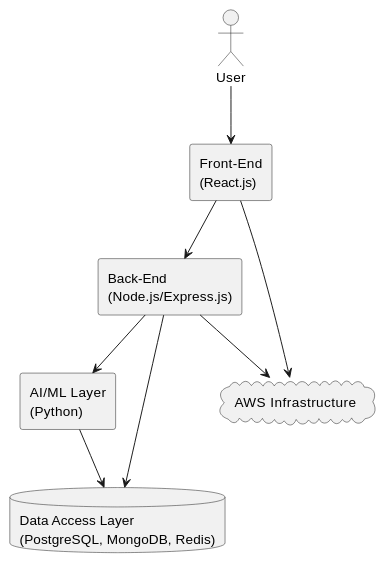
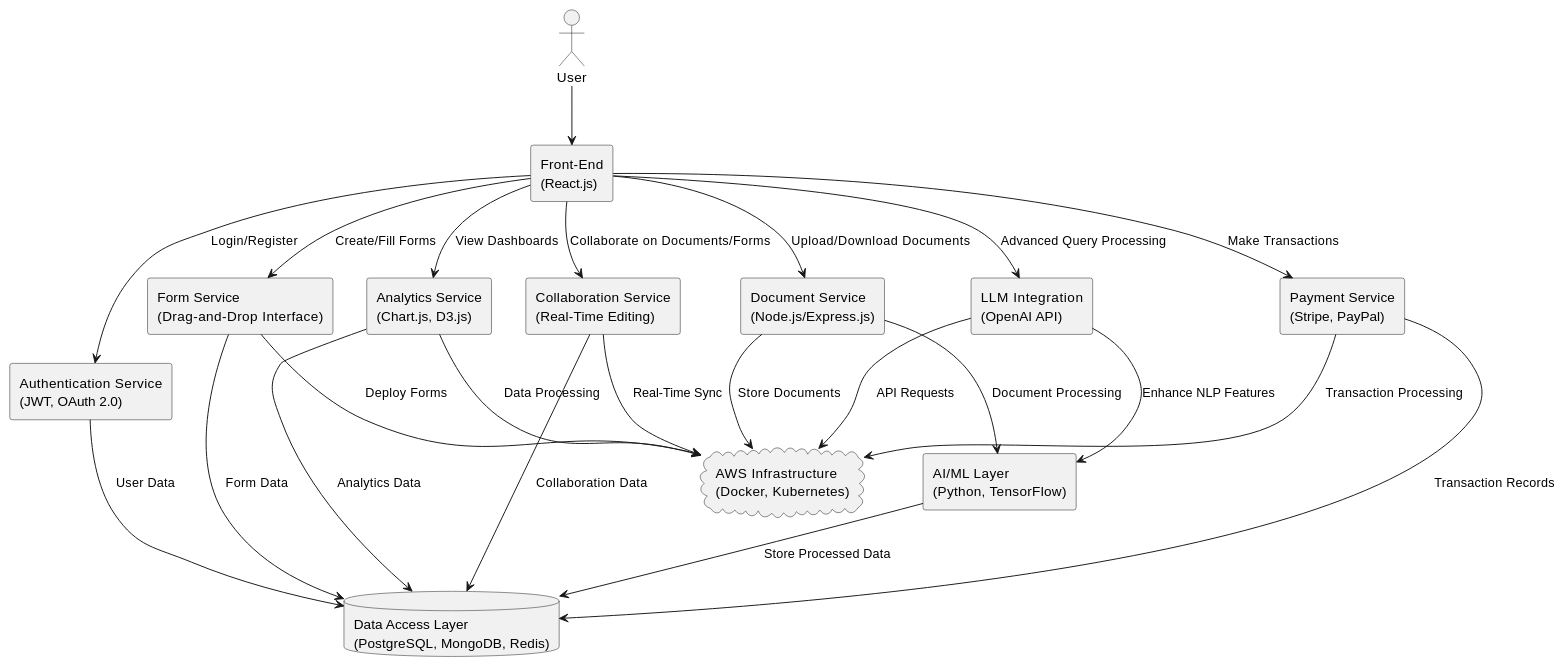
The first of 9 diagrams in daft_report.md (FormSculptor/Internal-Documentation), drawn with PlantUML before and after one commit. The commit also changed other lines of this file and 4 other files, not shown here.

````diff
--- a/daft_report.md
+++ b/daft_report.md
@@ -93,18 +86,42 @@
 ```plantuml
 @startuml
 actor User
+
 rectangle "Front-End\n(React.js)" as FE
-rectangle "Back-End\n(Node.js/Express.js)" as BE
-rectangle "AI/ML Layer\n(Python)" as AI
+rectangle "Authentication Service\n(JWT, OAuth 2.0)" as Auth
+rectangle "Document Service\n(Node.js/Express.js)" as DocService
+rectangle "Form Service\n(Drag-and-Drop Interface)" as FormService
+rectangle "Analytics Service\n(Chart.js, D3.js)" as Analytics
+rectangle "Collaboration Service\n(Real-Time Editing)" as CollabService
+rectangle "Payment Service\n(Stripe, PayPal)" as Payment
+rectangle "LLM Integration\n(OpenAI API)" as LLM
+rectangle "AI/ML Layer\n(Python, TensorFlow)" as AI
 database "Data Access Layer\n(PostgreSQL, MongoDB, Redis)" as DB
-cloud "AWS Infrastructure" as AWS
+cloud "AWS Infrastructure\n(Docker, Kubernetes)" as AWS
 
 User --> FE
-FE --> BE
-BE --> AI
-AI --> DB
-BE --> DB
-BE --> AWS
-FE --> AWS
+FE --> Auth : Login/Register
+FE --> DocService : Upload/Download Documents
+FE --> FormService : Create/Fill Forms
+FE --> Analytics : View Dashboards
+FE --> CollabService : Collaborate on Documents/Forms
+FE --> Payment : Make Transactions
+FE --> LLM : Advanced Query Processing
+
+Auth --> DB : User Data
+DocService --> AI : Document Processing
+FormService --> DB : Form Data
+Analytics --> DB : Analytics Data
+CollabService --> DB : Collaboration Data
+Payment --> DB : Transaction Records
+LLM --> AI : Enhance NLP Features
+AI --> DB : Store Processed Data
+DocService --> AWS : Store Documents
+FormService --> AWS : Deploy Forms
+Analytics --> AWS : Data Processing
+CollabService --> AWS : Real-Time Sync
+Payment --> AWS : Transaction Processing
+LLM --> AWS : API Requests
+
 @enduml
 ```
````
